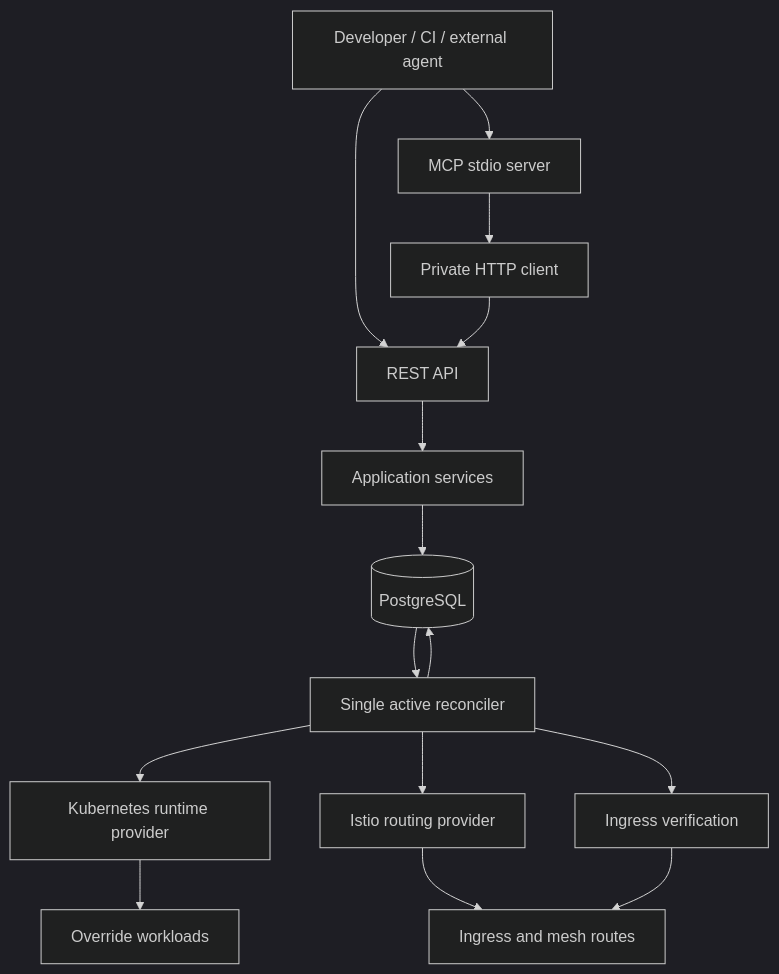
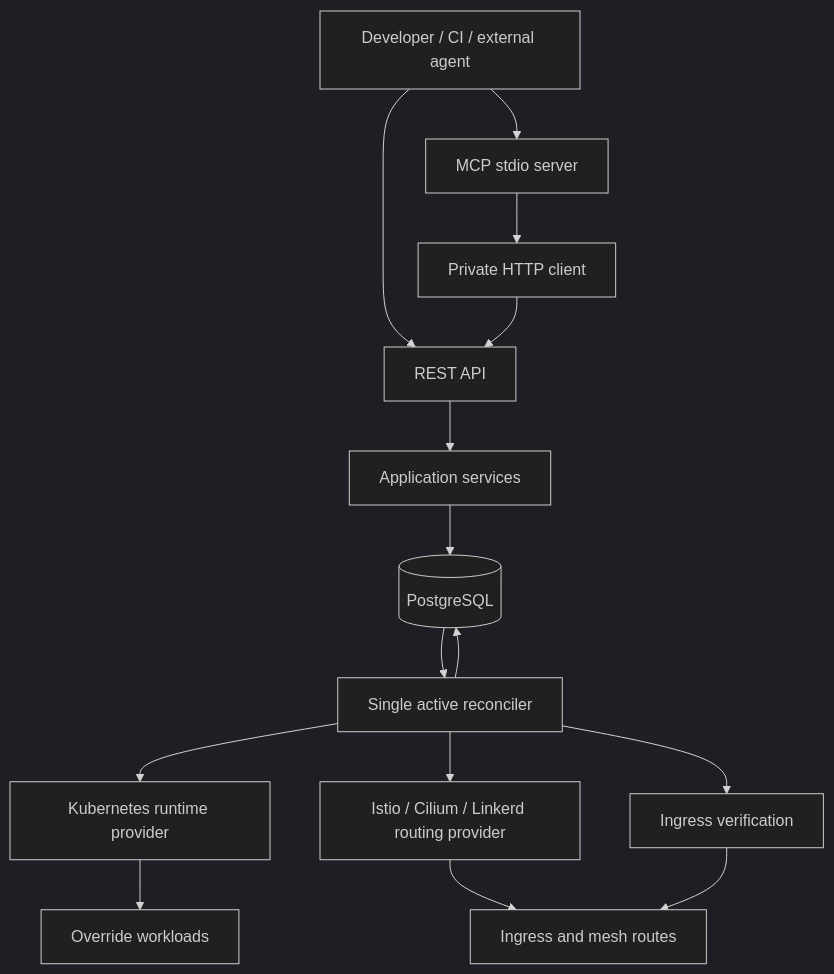
One commit to dblooman/envy changed the diagram in docs/architecture.md. Above: the diagram before and after it, drawn with Mermaid (dark theme). The commit also changed other lines of this file and 104 other files, not shown here.

First line of the commit message:
Complete Istio and Cilium profiles and gate Linkerd readiness

````diff
--- a/docs/architecture.md
+++ b/docs/architecture.md
@@ -25,17 +25,17 @@
 ```mermaid
 flowchart TB
   Caller[Developer / CI / external agent] --> REST[REST API]
   Caller --> MCP[MCP stdio server]
   MCP --> Client[Private HTTP client]
   Client --> REST
   REST --> App[Application services]
   App --> DB[(PostgreSQL)]
   DB --> Reconciler[Single active reconciler]
   Reconciler --> Runtime[Kubernetes runtime provider]
-  Reconciler --> Routes[Istio routing provider]
+  Reconciler --> Routes[Istio / Cilium / Linkerd routing provider]
   Reconciler --> Verify[Ingress verification]
   Runtime --> Workloads[Override workloads]
   Routes --> Mesh[Ingress and mesh routes]
   Verify --> Mesh
   Reconciler --> DB
 ```
````
